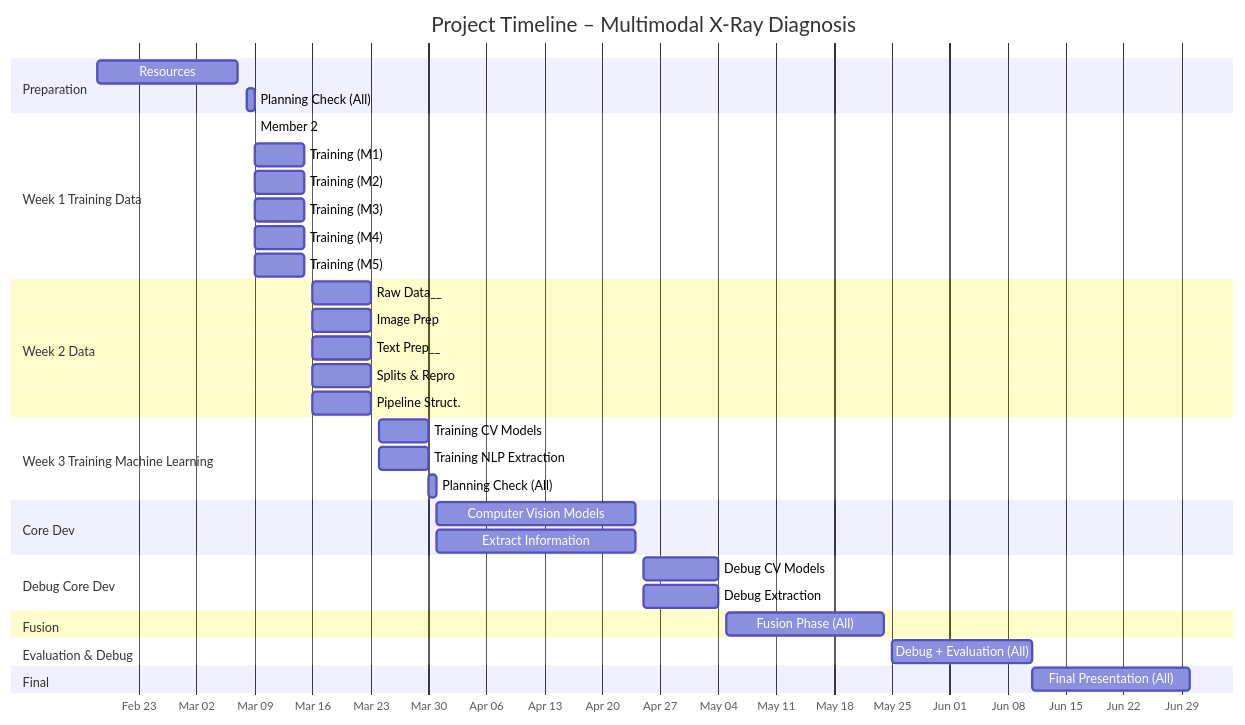
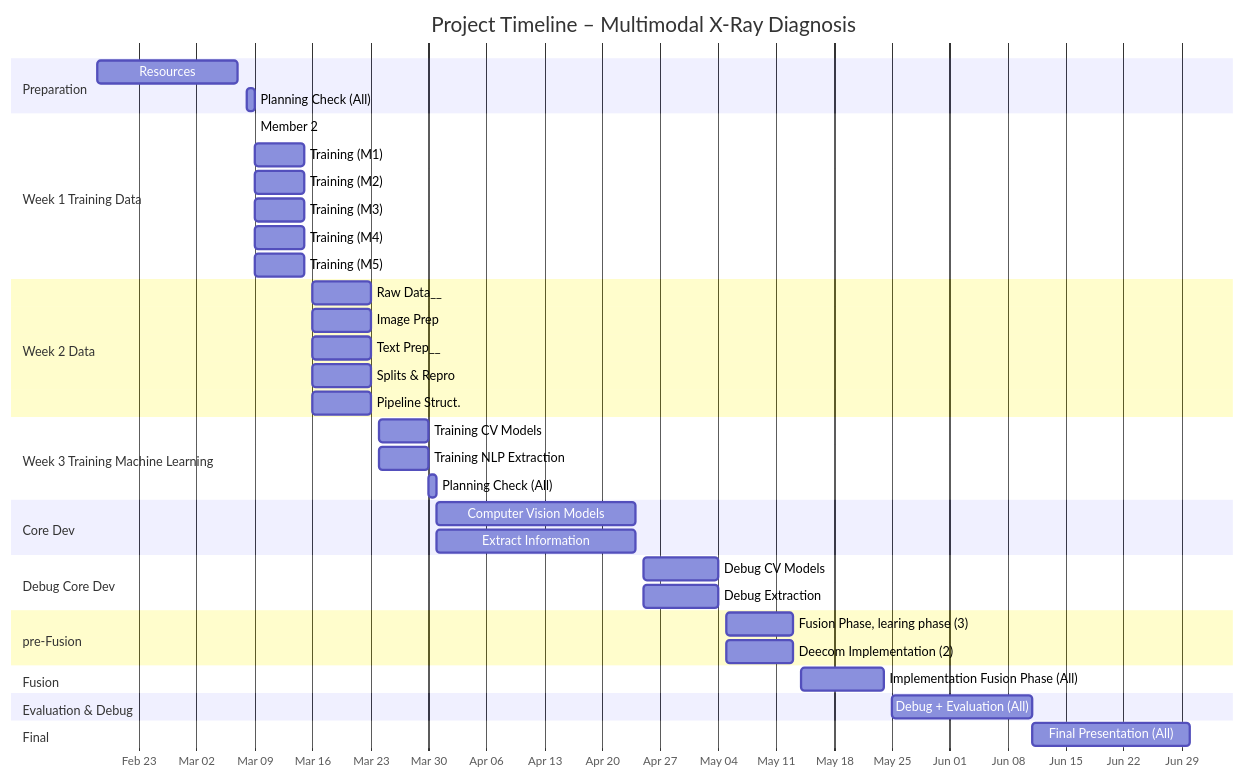
Before and after one commit to chaotiquetaurus/Open-i_chestxray_multimodal: the diagram in planning.md, drawn with Mermaid. The commit also changed other lines of this file and 1 other file, not shown here.

````diff
--- a/planning.md
+++ b/planning.md
@@ -1,50 +1,55 @@
 ```mermaid
 
 gantt
     title Project Timeline – Multimodal X‑Ray Diagnosis
     dateFormat  YYYY-MM-DD
     axisFormat  %b %d
 
     section Preparation
     Resources                 :a1, 2025-02-18, 2025-03-07
     Planning Check (All)      :a2, 2025-03-08, 1d
 
     section Week 1 Training Data
     
     Member 2: Mohamed Aziz Chebil
 
     Training (M1)             :m1a, 2025-03-09, 2025-03-15
     Training (M2)             :m2a, 2025-03-09, 2025-03-15
     Training (M3)             :m3a, 2025-03-09, 2025-03-15
     Training (M4)             :m4a, 2025-03-09, 2025-03-15
     Training (M5)             :m5a, 2025-03-09, 2025-03-15
 
     section Week 2 Data
     Raw Data__                  :m1b_clean, 2025-03-16, 2025-03-23
     Image Prep                :m2b_clean, 2025-03-16, 2025-03-23
     Text Prep__                 :m3b_clean, 2025-03-16, 2025-03-23
     Splits & Repro            :m4b_clean, 2025-03-16, 2025-03-23
     Pipeline Struct.          :m5b_clean, 2025-03-16, 2025-03-23
 
     section Week 3 Training Machine Learning
     Training CV Models        :m1c_train, 2025-03-24, 2025-03-30
     Training NLP Extraction   :m2c_train, 2025-03-24, 2025-03-30
     Planning Check (All)      :a3, 2025-03-30, 1d
 
     section Core Dev
     Computer Vision Models    :m1c_dev, 2025-03-31, 2025-04-24
     Extract Information       :m2c_dev, 2025-03-31, 2025-04-24
 
     section Debug Core Dev
     Debug CV Models           :m1c_debug, 2025-04-25, 2025-05-04
     Debug Extraction          :m2c_debug, 2025-04-25, 2025-05-04
 
+    section pre-Fusion
+    Fusion Phase, learing phase (3)       :fusion, 2025-05-05, 2025-05-13
+    Deecom Implementation (2)       :fusion, 2025-05-05, 2025-05-13
+
     section Fusion
-    Fusion Phase (All)        :fusion, 2025-05-05, 2025-05-24
+    Implementation Fusion Phase (All)       :fusion, 2025-05-14, 2025-05-24
+
 
     section Evaluation & Debug
     Debug + Evaluation (All)  :eval, 2025-05-25, 2025-06-11
 
     section Final
     Final Presentation (All)  :present, 2025-06-11, 2025-06-30
 ```
````
